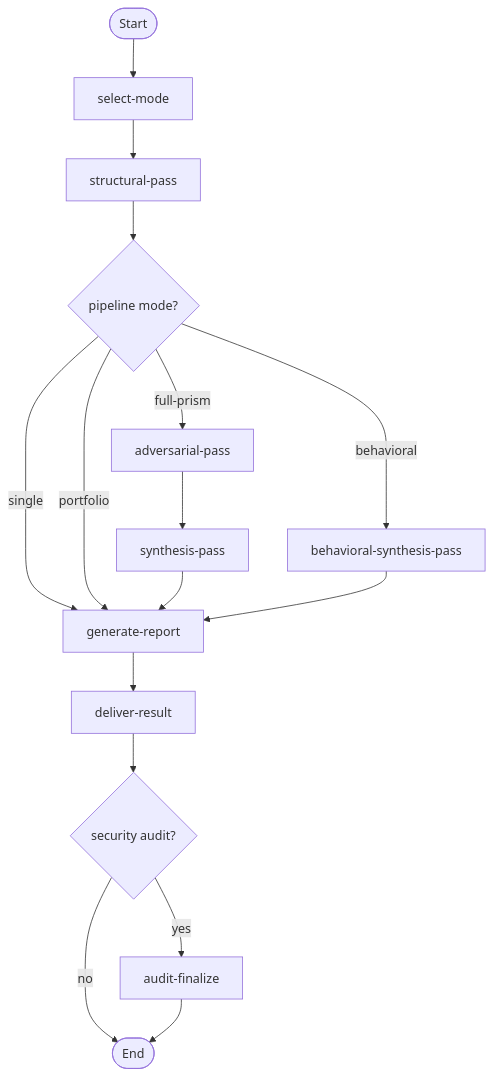
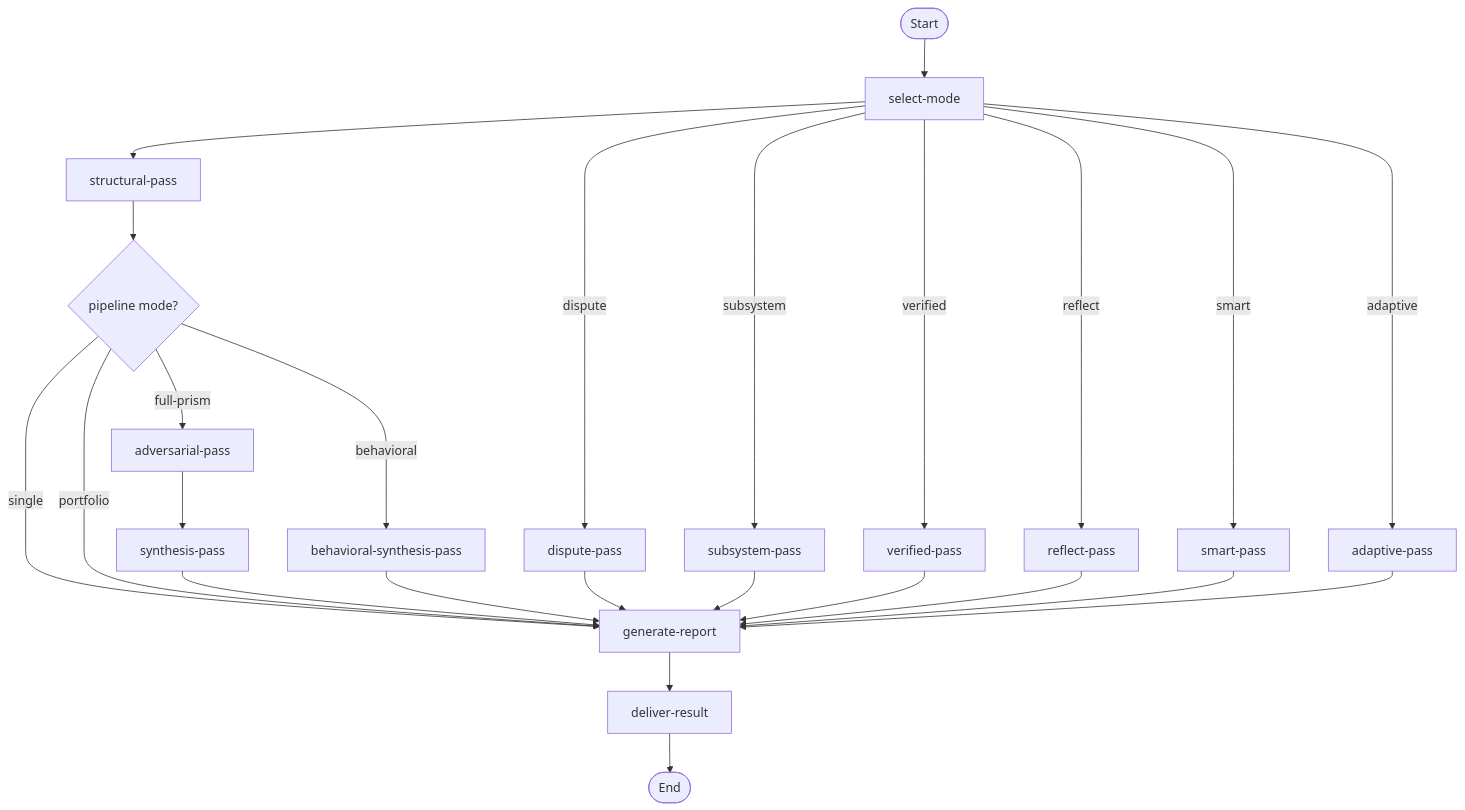
The first of 2 diagrams in prism/README.md (m2ux/workflow-server), drawn with Mermaid before and after one commit. The commit also changed other lines of this file and 2 other files, not shown here.

````diff
--- a/prism/README.md
+++ b/prism/README.md
@@ -118,21 +130,30 @@
 ```mermaid
 graph TD
     Start([Start]) --> SM["select-mode"]
     SM --> SP["structural-pass"]
+    SM -->|dispute| DP["dispute-pass"]
+    SM -->|subsystem| SUB["subsystem-pass"]
+    SM -->|verified| VP["verified-pass"]
+    SM -->|reflect| RP["reflect-pass"]
+    SM -->|smart| SMP["smart-pass"]
+    SM -->|adaptive| ADP["adaptive-pass"]
 
     SP --> MODE{"pipeline mode?"}
     MODE -->|"single"| GR["generate-report"]
     MODE -->|"portfolio"| GR
     MODE -->|"full-prism"| AP["adversarial-pass"]
     MODE -->|"behavioral"| BSP["behavioral-synthesis-pass"]
 
     AP --> SYN["synthesis-pass"]
     SYN --> GR
 
     BSP --> GR
+    DP --> GR
+    SUB --> GR
+    VP --> GR
+    RP --> GR
+    SMP --> GR
+    ADP --> GR
     GR --> DR["deliver-result"]
-    DR --> AF{"security audit?"}
-    AF -->|yes| AUD["audit-finalize"]
-    AF -->|no| Done([End])
-    AUD --> Done
+    DR --> Done([End])
 ```
````
